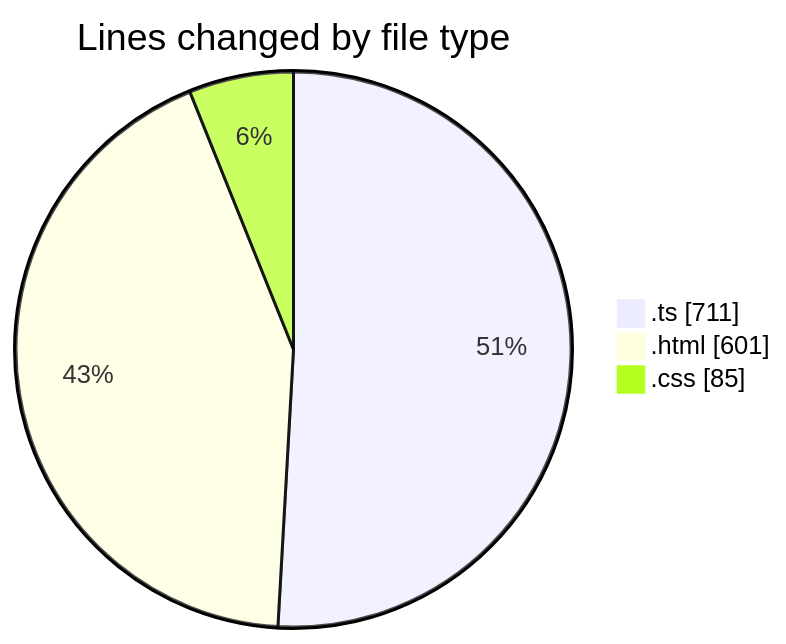
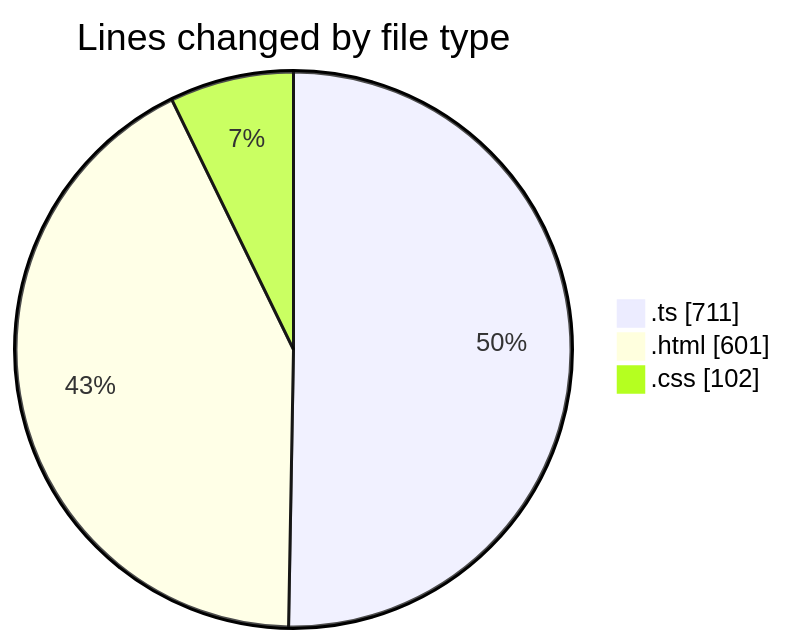
Before and after one commit to igalym/code-tracking: the first of 2 diagrams in 2025-12-29/budget_front_nest/README.md, drawn with Mermaid. The commit also changed other lines of this file and 1 other file, not shown here.

````diff
--- a/2025-12-29/budget_front_nest/README.md
+++ b/2025-12-29/budget_front_nest/README.md
@@ -24,7 +24,7 @@
 ```mermaid
 pie showData
 title Lines changed by file type
 ".ts" : 711
 ".html" : 601
-".css" : 85
+".css" : 102
 ```
````
